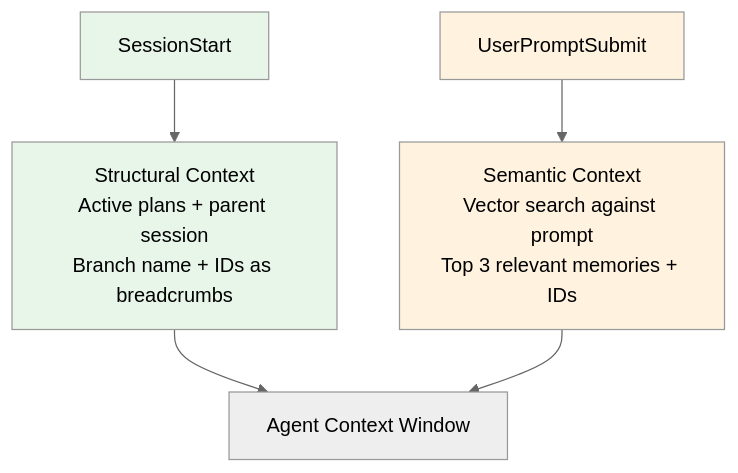
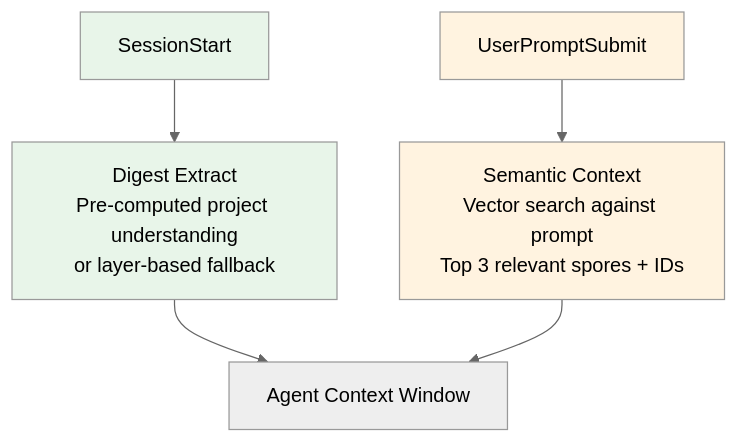
The sixth of 8 diagrams in docs/lifecycle.md (goondocks-co/myco), drawn with Mermaid (neutral theme) before and after one commit. The commit also changed other lines of this file and 81 other files, not shown here.

````diff
--- a/docs/lifecycle.md
+++ b/docs/lifecycle.md
@@ -100,13 +168,13 @@
 ```mermaid
 flowchart TD
-    SS[SessionStart] --> Struct[Structural Context<br/>Active plans + parent session<br/>Branch name + IDs as breadcrumbs]
-    UP[UserPromptSubmit] --> Sem[Semantic Context<br/>Vector search against prompt<br/>Top 3 relevant memories + IDs]
+    SS[SessionStart] --> Struct[Digest Extract<br/>Pre-computed project understanding<br/>or layer-based fallback]
+    UP[UserPromptSubmit] --> Sem[Semantic Context<br/>Vector search against prompt<br/>Top 3 relevant spores + IDs]
 
     Struct --> Agent[Agent Context Window]
     Sem --> Agent
 
     style SS fill:#e8f5e9
     style UP fill:#fff3e0
     style Struct fill:#e8f5e9
     style Sem fill:#fff3e0
 ```
````
